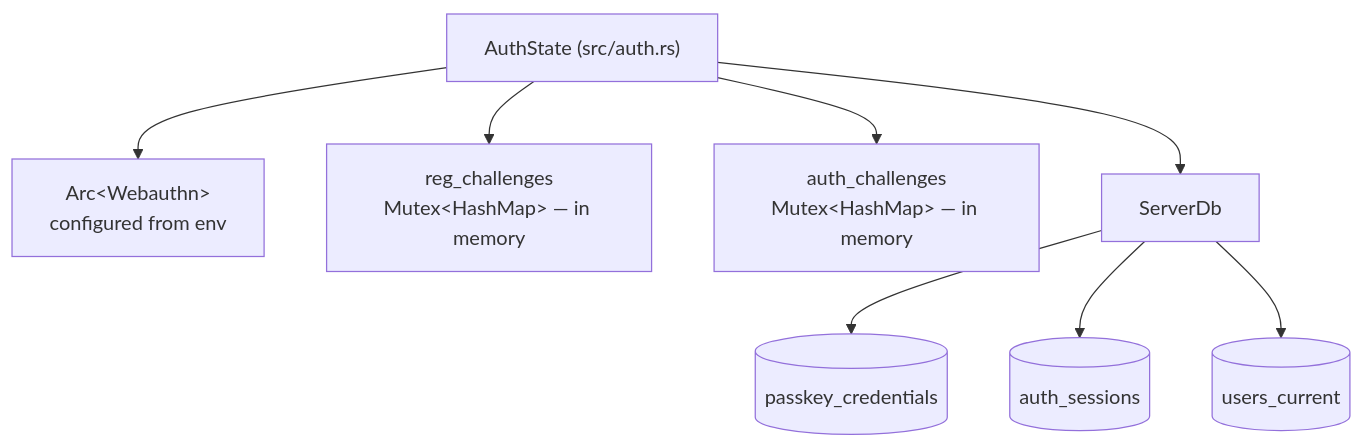
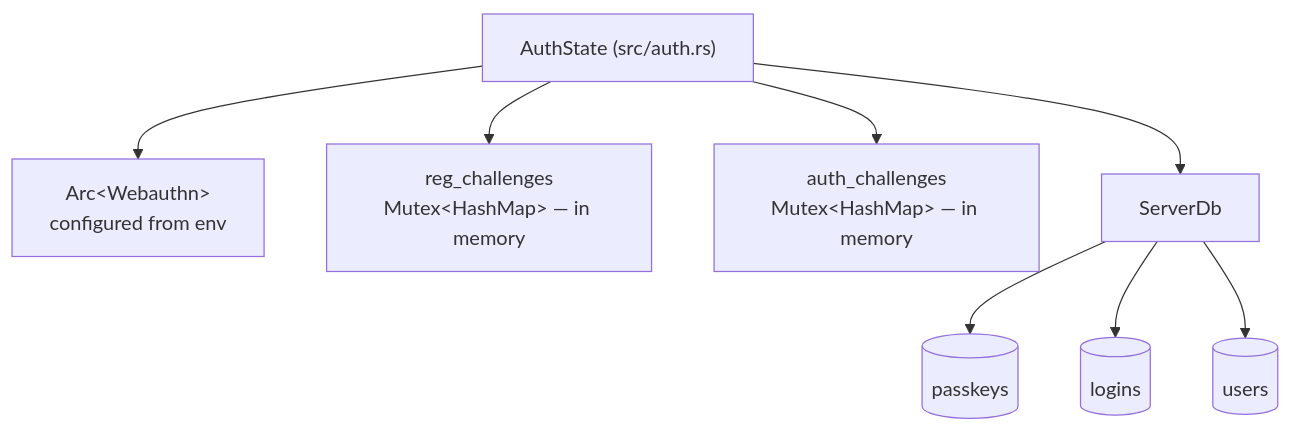
One commit to brensch/lift changed the first of 4 diagrams in docs/architecture/auth.md. Above: the diagram before and after it, drawn with Mermaid. The commit also changed other lines of this file and 32 other files, not shown here.

````diff
--- a/docs/architecture/auth.md
+++ b/docs/architecture/auth.md
@@ -9,11 +9,11 @@
 ```mermaid
 graph TD
     AS["AuthState (src/auth.rs)"]
     AS --> wa["Arc&lt;Webauthn&gt;<br/>configured from env"]
     AS --> rc["reg_challenges<br/>Mutex&lt;HashMap&gt; — in memory"]
     AS --> ac["auth_challenges<br/>Mutex&lt;HashMap&gt; — in memory"]
     AS --> db["ServerDb"]
-    db --> pc[("passkey_credentials")]
-    db --> se[("auth_sessions")]
-    db --> uc[("users_current")]
+    db --> pc[("passkeys")]
+    db --> se[("logins")]
+    db --> uc[("users")]
 ```
````
